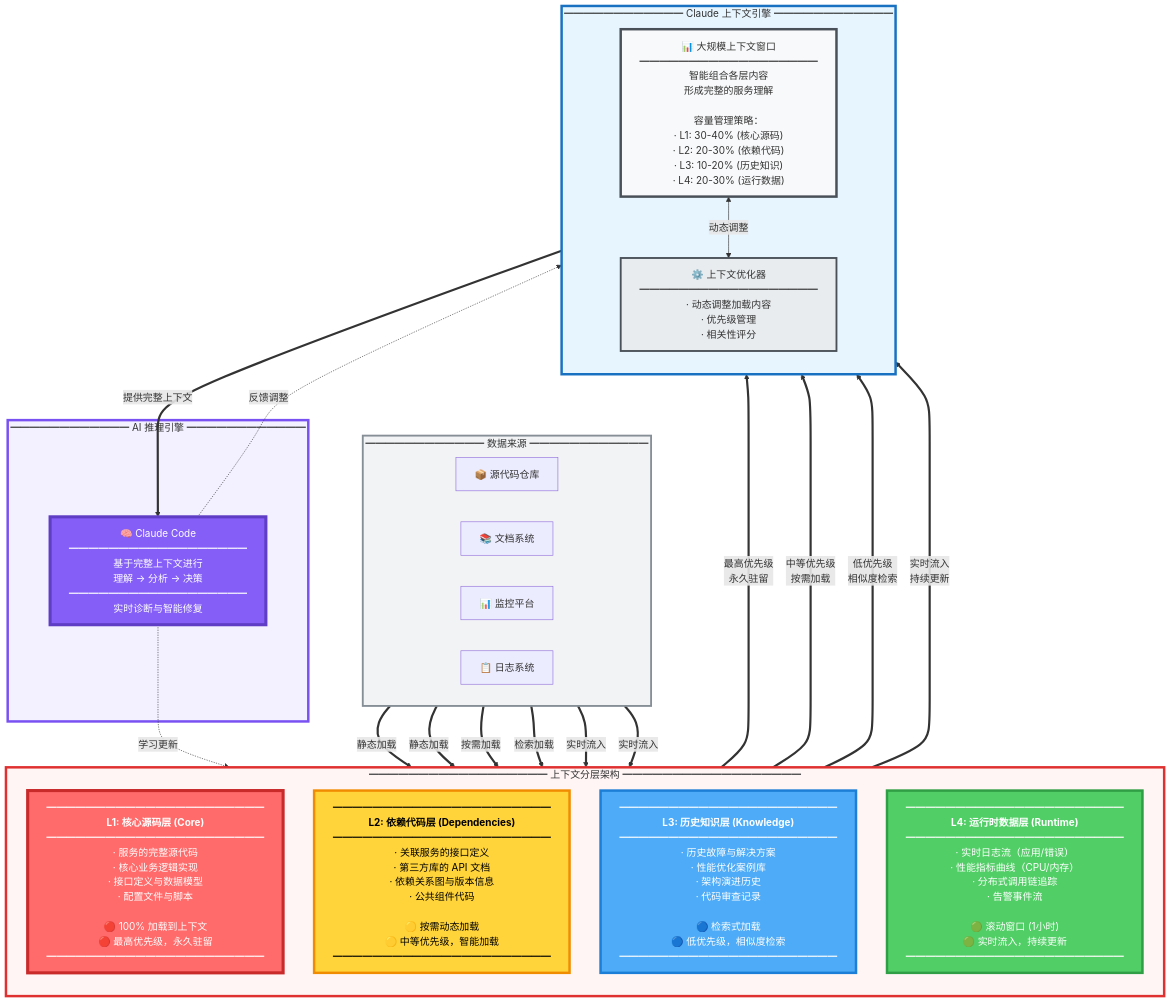
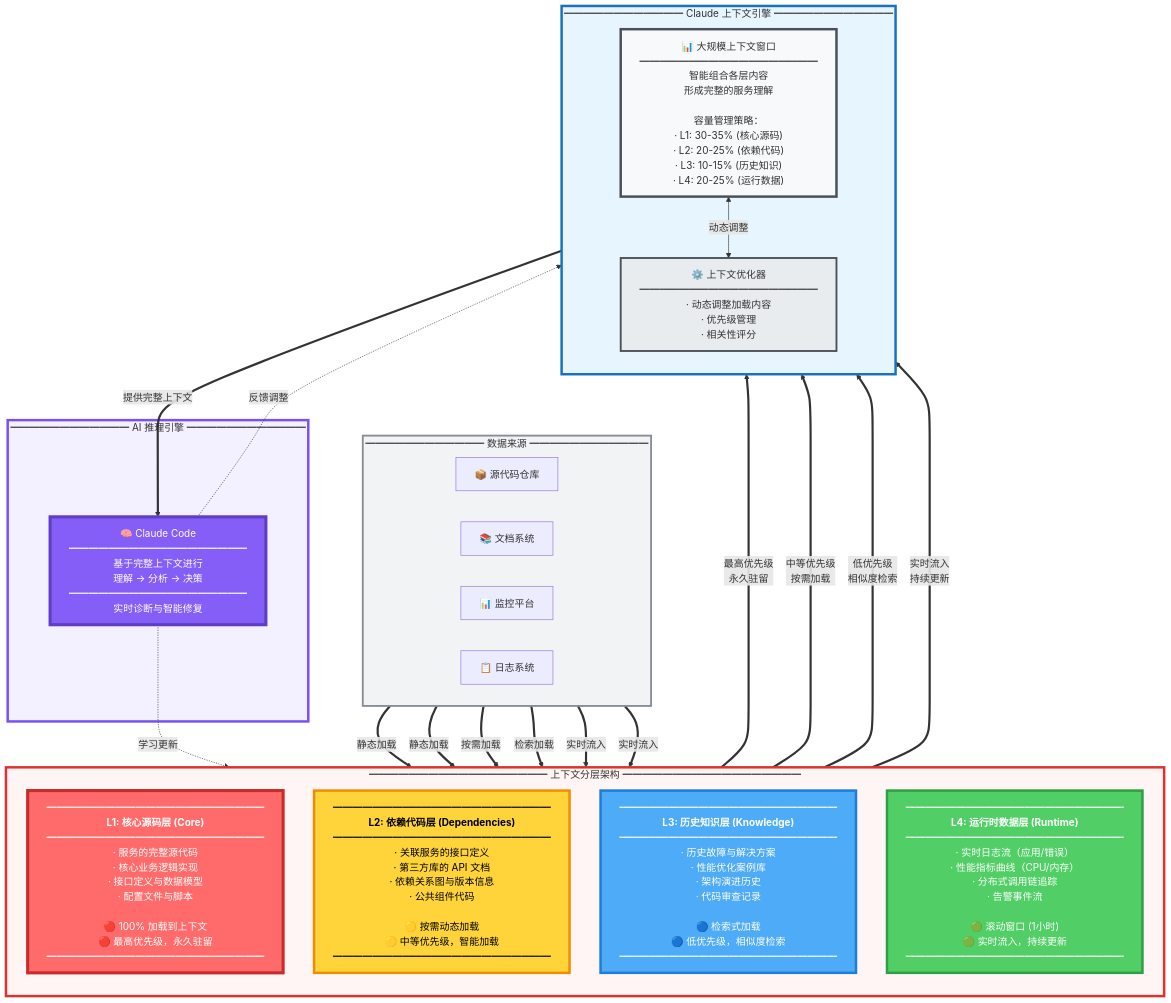
One commit to is-Aaron/is-Aaron.github.io changed the ninth of 14 diagrams in _posts/2026-01-25-claude-code-intelligent-ops.md. Above: the diagram before and after it, drawn with Mermaid. The commit also changed other lines of this file and 15 other files, not shown here.

````diff
--- a/_posts/2026-01-25-claude-code-intelligent-ops.md
+++ b/_posts/2026-01-25-claude-code-intelligent-ops.md
@@ -480,64 +480,64 @@
 ```mermaid
 graph TB
     subgraph SOURCES[" ━━━━━━━━━━━━ 数据来源 ━━━━━━━━━━━━ "]
         direction LR
         S1["📦 源代码仓库"]
         S2["📚 文档系统"]
         S3["📊 监控平台"]
         S4["📋 日志系统"]
     end
     
     subgraph LAYERS[" ━━━━━━━━━━━━━━━━━━ 上下文分层架构 ━━━━━━━━━━━━━━━━━━ "]
         direction TB
         
         L1["━━━━━━━━━━━━━━━━━━━━━━<br/><b>L1: 核心源码层 (Core)</b><br/>━━━━━━━━━━━━━━━━━━━━━━<br/>· 服务的完整源代码<br/>· 核心业务逻辑实现<br/>· 接口定义与数据模型<br/>· 配置文件与脚本<br/><br/>🔴 100% 加载到上下文<br/>🔴 最高优先级，永久驻留<br/>━━━━━━━━━━━━━━━━━━━━━━"]
         
         L2["━━━━━━━━━━━━━━━━━━━━━━<br/><b>L2: 依赖代码层 (Dependencies)</b><br/>━━━━━━━━━━━━━━━━━━━━━━<br/>· 关联服务的接口定义<br/>· 第三方库的 API 文档<br/>· 依赖关系图与版本信息<br/>· 公共组件代码<br/><br/>🟡 按需动态加载<br/>🟡 中等优先级，智能加载<br/>━━━━━━━━━━━━━━━━━━━━━━"]
         
         L3["━━━━━━━━━━━━━━━━━━━━━━<br/><b>L3: 历史知识层 (Knowledge)</b><br/>━━━━━━━━━━━━━━━━━━━━━━<br/>· 历史故障与解决方案<br/>· 性能优化案例库<br/>· 架构演进历史<br/>· 代码审查记录<br/><br/>🔵 检索式加载<br/>🔵 低优先级，相似度检索<br/>━━━━━━━━━━━━━━━━━━━━━━"]
         
         L4["━━━━━━━━━━━━━━━━━━━━━━<br/><b>L4: 运行时数据层 (Runtime)</b><br/>━━━━━━━━━━━━━━━━━━━━━━<br/>· 实时日志流（应用/错误）<br/>· 性能指标曲线（CPU/内存）<br/>· 分布式调用链追踪<br/>· 告警事件流<br/><br/>🟢 滚动窗口 (1小时)<br/>🟢 实时流入，持续更新<br/>━━━━━━━━━━━━━━━━━━━━━━"]
     end
     
     subgraph ENGINE[" ━━━━━━━━━━━━ Claude 上下文引擎 ━━━━━━━━━━━━ "]
         direction TB
         
-        WINDOW["📊 大规模上下文窗口<br/>━━━━━━━━━━━━━━━━━━<br/>智能组合各层内容<br/>形成完整的服务理解<br/><br/>容量管理策略：<br/>· L1: 30-40% (核心源码)<br/>· L2: 20-30% (依赖代码)<br/>· L3: 10-20% (历史知识)<br/>· L4: 20-30% (运行数据)"]
+        WINDOW["📊 大规模上下文窗口<br/>━━━━━━━━━━━━━━━━━━<br/>智能组合各层内容<br/>形成完整的服务理解<br/><br/>容量管理策略：<br/>· L1: 30-35% (核心源码)<br/>· L2: 20-25% (依赖代码)<br/>· L3: 10-15% (历史知识)<br/>· L4: 20-25% (运行数据)"]
         
         OPTIMIZER["⚙️ 上下文优化器<br/>━━━━━━━━━━━━━━━━━━<br/>· 动态调整加载内容<br/>· 优先级管理<br/>· 相关性评分"]
     end
     
     subgraph PROCESS[" ━━━━━━━━━━━━ AI 推理引擎 ━━━━━━━━━━━━ "]
         BRAIN["🧠 Claude Code<br/>━━━━━━━━━━━━━━━━━━<br/>基于完整上下文进行<br/>理解 → 分析 → 决策<br/>━━━━━━━━━━━━━━━━━━<br/>实时诊断与智能修复"]
     end
     
     S1 ==>|静态加载| L1
     S2 ==>|静态加载| L1
     S2 ==>|按需加载| L2
     S1 ==>|检索加载| L3
     S3 ==>|实时流入| L4
     S4 ==>|实时流入| L4
     
     L1 ==>|最高优先级<br/>永久驻留| WINDOW
     L2 ==>|中等优先级<br/>按需加载| WINDOW
     L3 ==>|低优先级<br/>相似度检索| WINDOW
     L4 ==>|实时流入<br/>持续更新| WINDOW
     
     WINDOW <-->|动态调整| OPTIMIZER
     WINDOW ==>|提供完整上下文| BRAIN
     
     BRAIN -.反馈调整.-> OPTIMIZER
     BRAIN -.学习更新.-> L3
     
     style L1 fill:#ff6b6b,stroke:#c92a2a,color:#fff,stroke-width:5px
     style L2 fill:#ffd43b,stroke:#f08c00,color:#000,stroke-width:4px
     style L3 fill:#4dabf7,stroke:#1c7ed6,color:#fff,stroke-width:4px
     style L4 fill:#51cf66,stroke:#2f9e44,color:#fff,stroke-width:4px
     style WINDOW fill:#f8f9fa,stroke:#495057,stroke-width:4px
     style OPTIMIZER fill:#e9ecef,stroke:#495057,stroke-width:3px
     style BRAIN fill:#845ef7,stroke:#5f3dc4,color:#fff,stroke-width:5px
     style SOURCES fill:#f1f3f5,stroke:#868e96,stroke-width:3px
     style LAYERS fill:#fff5f5,stroke:#e03131,stroke-width:4px
     style ENGINE fill:#e7f5ff,stroke:#1971c2,stroke-width:4px
     style PROCESS fill:#f3f0ff,stroke:#7950f2,stroke-width:4px
 ```
````
